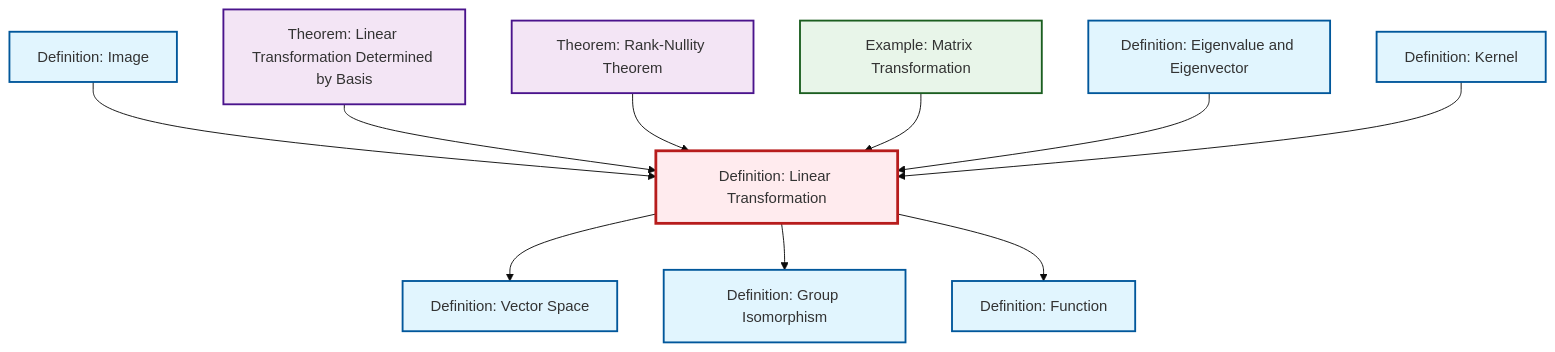
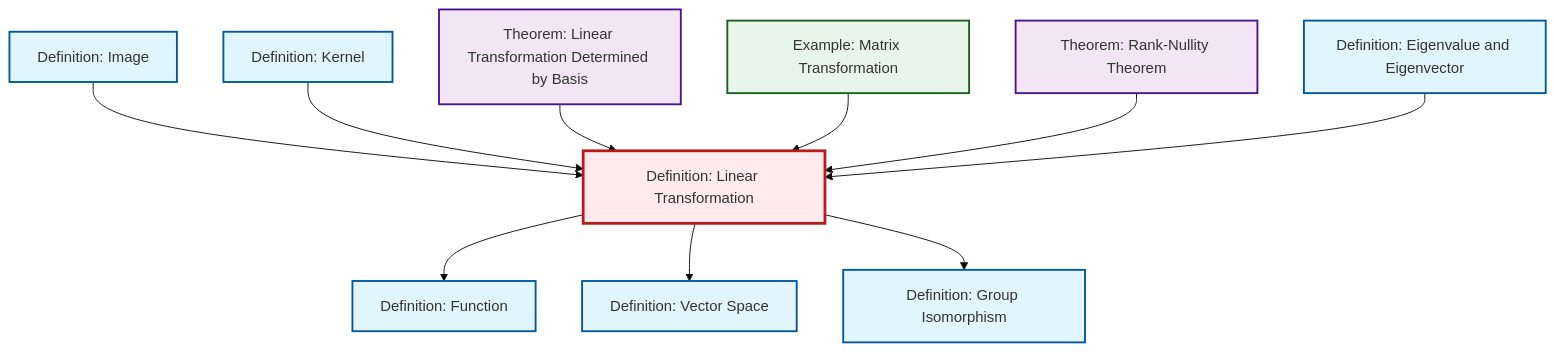
One commit to RK0429/ModernMath changed the diagram in content/en/algebra/def-linear-transformation.qmd. Above: the diagram before and after it, drawn with Mermaid (base theme). The commit also changed other lines of this file and 597 other files, not shown here.

````diff
--- a/content/en/algebra/def-linear-transformation.qmd
+++ b/content/en/algebra/def-linear-transformation.qmd
@@ -46,38 +46,38 @@
 ```{mermaid}
 %%| fig-cap: "Local dependency graph"
 graph TD
     classDef definition fill:#e1f5fe,stroke:#01579b,stroke-width:2px
     classDef theorem fill:#f3e5f5,stroke:#4a148c,stroke-width:2px
     classDef axiom fill:#fff3e0,stroke:#e65100,stroke-width:2px
     classDef example fill:#e8f5e9,stroke:#1b5e20,stroke-width:2px
     classDef current fill:#ffebee,stroke:#b71c1c,stroke-width:3px
+    thm-linear-transformation-basis["Theorem: Linear Transformation Determined by Basis"]:::theorem
+    ex-matrix-transformation["Example: Matrix Transformation"]:::example
+    thm-rank-nullity["Theorem: Rank-Nullity Theorem"]:::theorem
     def-vector-space["Definition: Vector Space"]:::definition
-    def-image["Definition: Image"]:::definition
-    ex-matrix-transformation["Example: Matrix Transformation"]:::example
     def-function["Definition: Function"]:::definition
-    thm-rank-nullity["Theorem: Rank-Nullity Theorem"]:::theorem
-    def-eigenvalue-eigenvector["Definition: Eigenvalue and Eigenvector"]:::definition
-    thm-linear-transformation-basis["Theorem: Linear Transformation Determined by Basis"]:::theorem
-    def-linear-transformation["Definition: Linear Transformation"]:::definition
     def-isomorphism["Definition: Group Isomorphism"]:::definition
     def-kernel["Definition: Kernel"]:::definition
+    def-linear-transformation["Definition: Linear Transformation"]:::definition
+    def-eigenvalue-eigenvector["Definition: Eigenvalue and Eigenvector"]:::definition
+    def-image["Definition: Image"]:::definition
+    def-linear-transformation --> def-function
+    def-image --> def-linear-transformation
+    def-kernel --> def-linear-transformation
     def-linear-transformation --> def-vector-space
-    def-image --> def-linear-transformation
     thm-linear-transformation-basis --> def-linear-transformation
+    ex-matrix-transformation --> def-linear-transformation
     thm-rank-nullity --> def-linear-transformation
-    ex-matrix-transformation --> def-linear-transformation
+    def-linear-transformation --> def-isomorphism
     def-eigenvalue-eigenvector --> def-linear-transformation
-    def-kernel --> def-linear-transformation
-    def-linear-transformation --> def-isomorphism
-    def-linear-transformation --> def-function
     class def-linear-transformation current
+    click thm-linear-transformation-basis "thm-linear-transformation-basis.html" "Go to Linear Transformation Determined by Basis theorem"
+    click ex-matrix-transformation "ex-matrix-transformation.html" "Go to Matrix Transformation example"
+    click thm-rank-nullity "thm-rank-nullity.html" "Go to Rank-Nullity Theorem theorem"
     click def-vector-space "def-vector-space.html" "Go to Vector Space definition"
-    click def-image "def-image.html" "Go to Image definition"
-    click ex-matrix-transformation "ex-matrix-transformation.html" "Go to Matrix Transformation example"
     click def-function "def-function.html" "Go to Function definition"
-    click thm-rank-nullity "thm-rank-nullity.html" "Go to Rank-Nullity Theorem theorem"
-    click def-eigenvalue-eigenvector "def-eigenvalue-eigenvector.html" "Go to Eigenvalue and Eigenvector definition"
-    click thm-linear-transformation-basis "thm-linear-transformation-basis.html" "Go to Linear Transformation Determined by Basis theorem"
     click def-isomorphism "def-isomorphism.html" "Go to Group Isomorphism definition"
     click def-kernel "def-kernel.html" "Go to Kernel definition"
+    click def-eigenvalue-eigenvector "def-eigenvalue-eigenvector.html" "Go to Eigenvalue and Eigenvector definition"
+    click def-image "def-image.html" "Go to Image definition"
 ```
````
